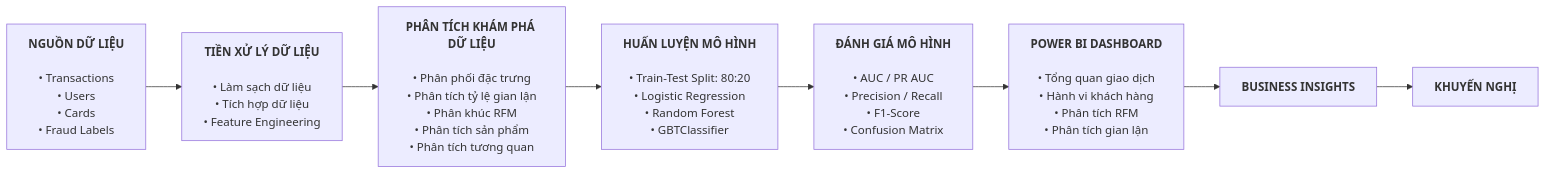
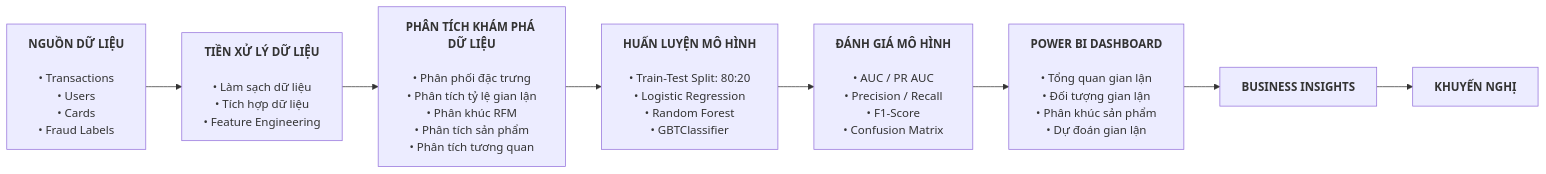
One commit to ngocminh0123/Banking-Transaction-Analysis changed the diagram in README.md. Above: the diagram before and after it, drawn with Mermaid. The commit also changed other lines of this file and 4 other files, not shown here.

````diff
--- a/README.md
+++ b/README.md
@@ -139,52 +110,52 @@
 ```mermaid
 flowchart LR
 
 A["<b>NGUỒN DỮ LIỆU</b>
 
 • Transactions
 • Users
 • Cards
 • Fraud Labels"]
 
 B["<b>TIỀN XỬ LÝ DỮ LIỆU</b>
 
 • Làm sạch dữ liệu
 • Tích hợp dữ liệu
 • Feature Engineering"]
 
 C["<b>PHÂN TÍCH KHÁM PHÁ DỮ LIỆU</b>
 
 • Phân phối đặc trưng
 • Phân tích tỷ lệ gian lận
 • Phân khúc RFM
 • Phân tích sản phẩm
 • Phân tích tương quan"]
 
 D["<b>HUẤN LUYỆN MÔ HÌNH</b>
 
 • Train-Test Split: 80:20
 • Logistic Regression
 • Random Forest
 • GBTClassifier"]
 
 E["<b>ĐÁNH GIÁ MÔ HÌNH</b>
 
 • AUC / PR AUC
 • Precision / Recall
 • F1-Score
 • Confusion Matrix"]
 
 F["<b>POWER BI DASHBOARD</b>
 
-• Tổng quan giao dịch
-• Hành vi khách hàng
-• Phân tích RFM
-• Phân tích gian lận"]
+• Tổng quan gian lận
+• Đối tượng gian lận
+• Phân khúc sản phẩm
+• Dự đoán gian lận"]
 
 G["<b>BUSINESS INSIGHTS</b>"]
 
 H["<b>KHUYẾN NGHỊ</b>"]
 
 A --> B --> C --> D --> E --> F --> G --> H
 
 ``` 
````
